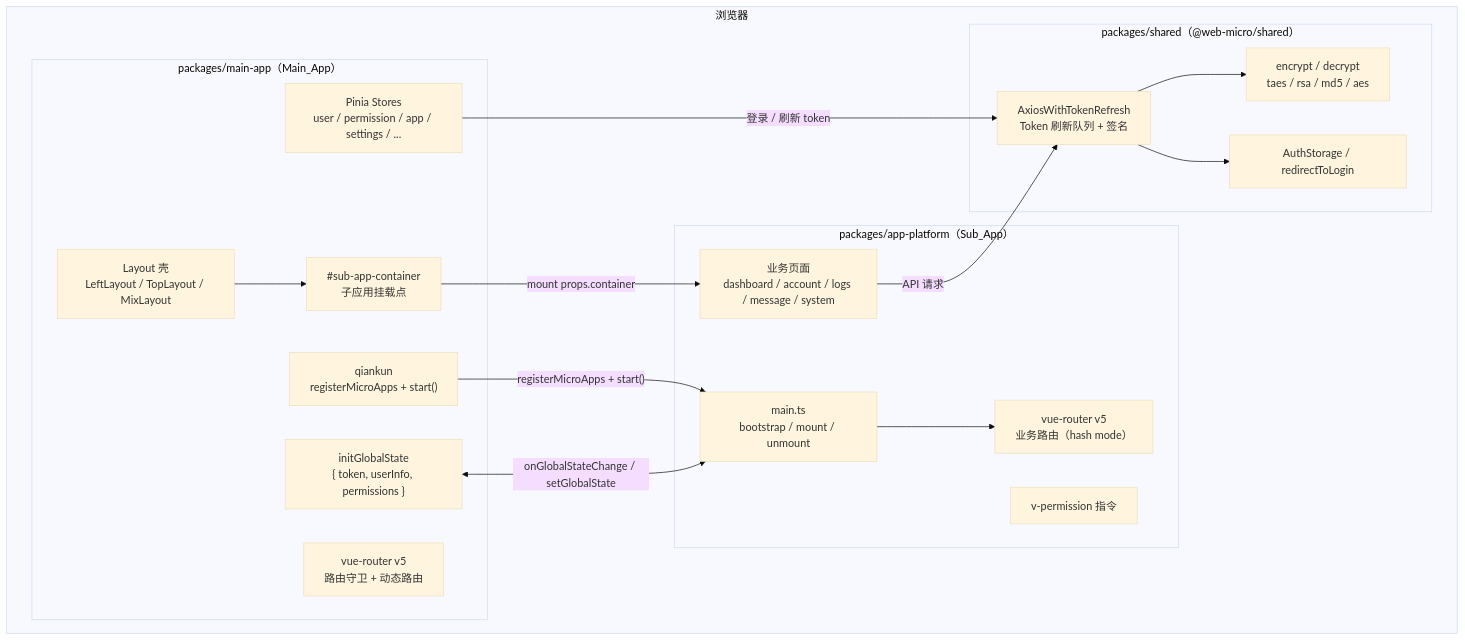
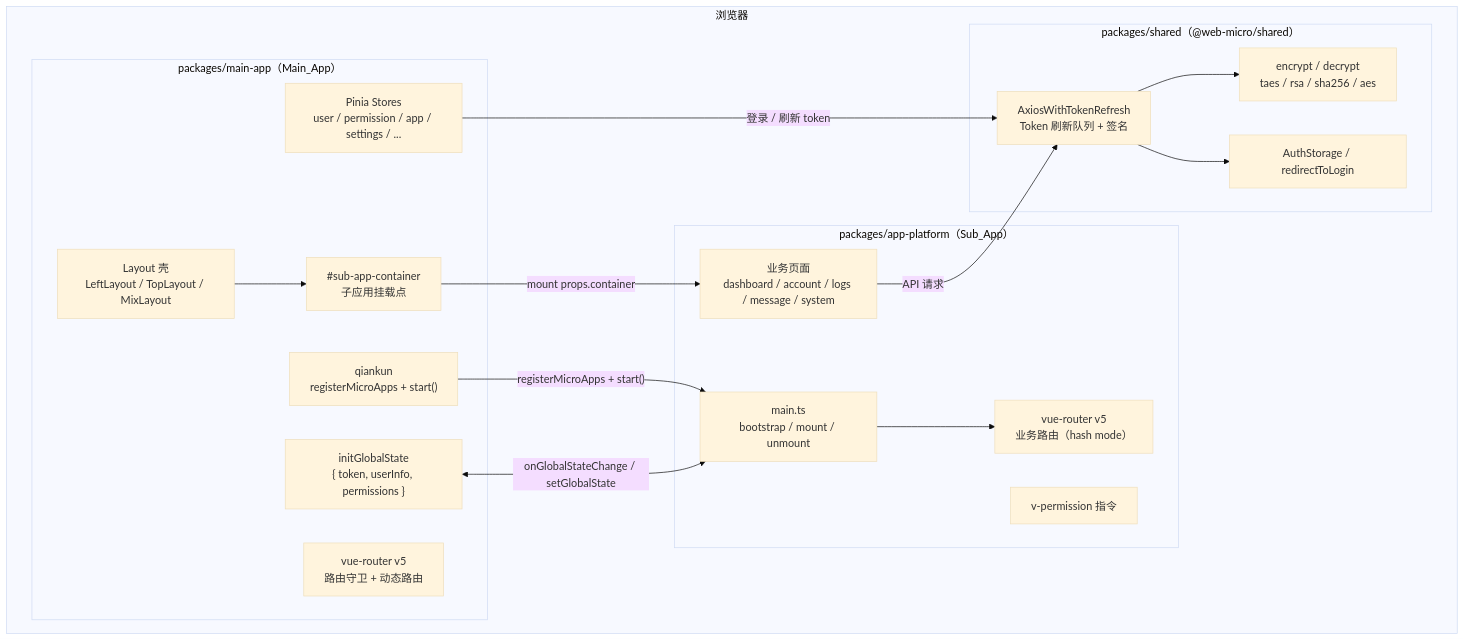
One commit to mumu-uoquo/web-micro changed the first of 4 diagrams in .kiro/specs/web-micro-qiankun/design.md. Above: the diagram before and after it, drawn with Mermaid (base theme). The commit also changed other lines of this file and 5 other files, not shown here.

````diff
--- a/.kiro/specs/web-micro-qiankun/design.md
+++ b/.kiro/specs/web-micro-qiankun/design.md
@@ -23,36 +23,36 @@
 ```mermaid
 graph TB
   subgraph Browser["浏览器"]
     subgraph MainApp["packages/main-app（Main_App）"]
       MA_Router["vue-router v5\n路由守卫 + 动态路由"]
       MA_Layout["Layout 壳\nLeftLayout / TopLayout / MixLayout"]
       MA_Store["Pinia Stores\nuser / permission / app / settings / ..."]
       MA_Qiankun["qiankun\nregisterMicroApps + start()"]
       MA_GS["initGlobalState\n{ token, userInfo, permissions }"]
       MA_Container["#sub-app-container\n子应用挂载点"]
     end
 
     subgraph SubApp["packages/app-platform（Sub_App）"]
       SA_Entry["main.ts\nbootstrap / mount / unmount"]
       SA_Router["vue-router v5\n业务路由（hash mode）"]
       SA_Views["业务页面\ndashboard / account / logs / message / system"]
       SA_Directive["v-permission 指令"]
     end
 
     subgraph Shared["packages/shared（@web-micro/shared）"]
       SH_HTTP["AxiosWithTokenRefresh\nToken 刷新队列 + 签名"]
-      SH_Crypto["encrypt / decrypt\ntaes / rsa / md5 / aes"]
+      SH_Crypto["encrypt / decrypt\ntaes / rsa / sha256 / aes"]
       SH_Auth["AuthStorage / redirectToLogin"]
     end
   end
 
   MA_Qiankun -->|"registerMicroApps + start()"| SA_Entry
   MA_GS <-->|"onGlobalStateChange / setGlobalState"| SA_Entry
   MA_Layout --> MA_Container
   MA_Container -->|"mount props.container"| SA_Views
   SA_Entry --> SA_Router
   SA_Views -->|"API 请求"| SH_HTTP
   MA_Store -->|"登录 / 刷新 token"| SH_HTTP
   SH_HTTP --> SH_Crypto
   SH_HTTP --> SH_Auth
 ```
````
